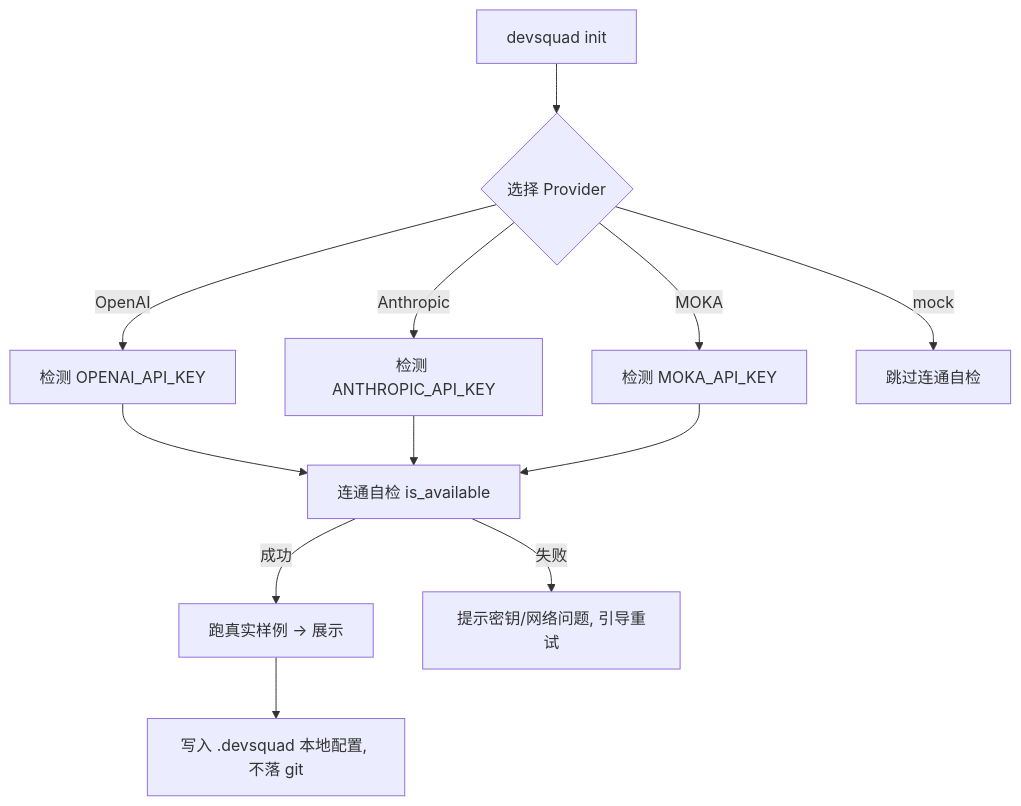
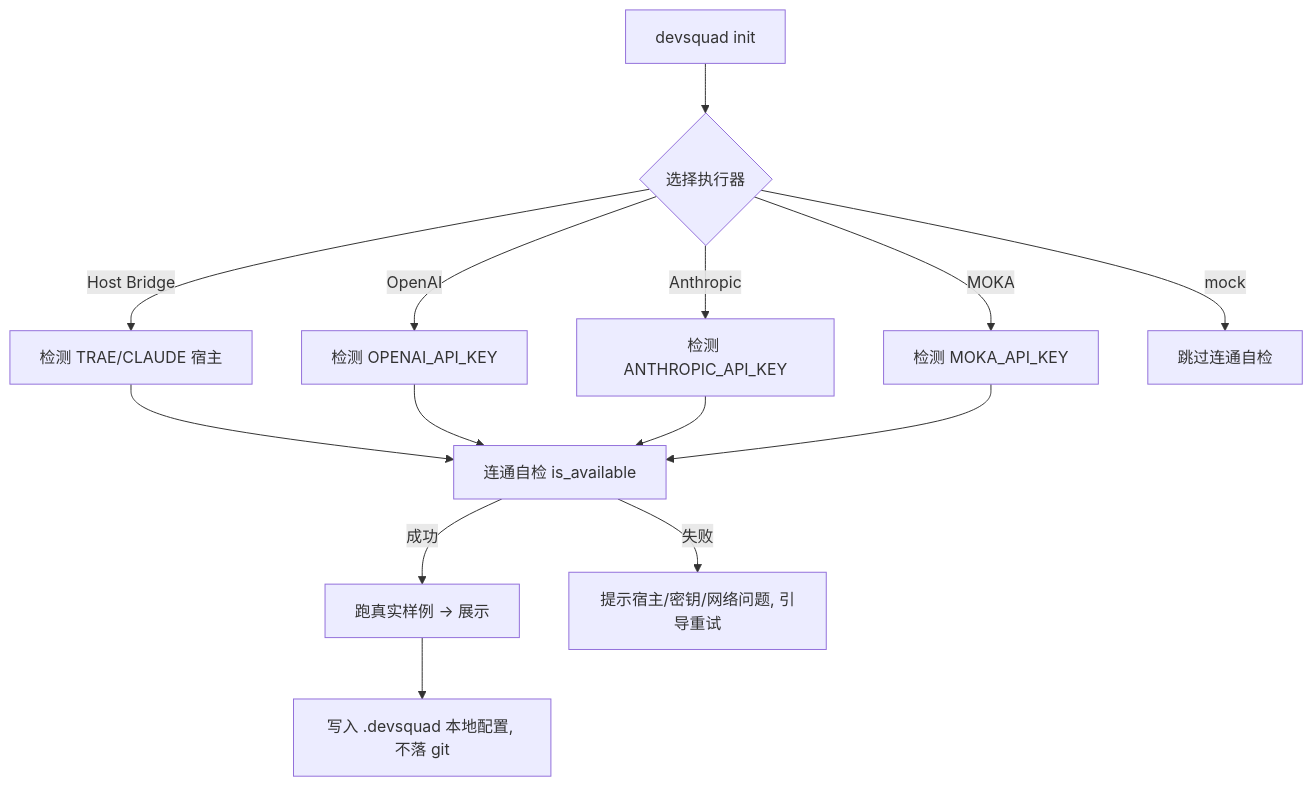
Before and after one commit to lulin70/DevSquad: the second of 2 diagrams in docs/prd/V4.5.2_PRD.md, drawn with Mermaid. The commit also changed other lines of this file and 79 other files, not shown here.

````diff
--- a/docs/prd/V4.5.2_PRD.md
+++ b/docs/prd/V4.5.2_PRD.md
@@ -95,14 +149,16 @@
 ```mermaid
 flowchart TD
-    A[devsquad init] --> B{选择 Provider}
+    A[devsquad init] --> B{选择执行器}
+    B -->|Host Bridge| E1[检测 TRAE/CLAUDE 宿主]
     B -->|OpenAI| C[检测 OPENAI_API_KEY]
     B -->|Anthropic| D[检测 ANTHROPIC_API_KEY]
     B -->|MOKA| E[检测 MOKA_API_KEY]
     B -->|mock| F[跳过连通自检]
-    C --> G[连通自检 is_available]
+    E1 --> G[连通自检 is_available]
+    C --> G
     D --> G
     E --> G
     G -->|成功| H[跑真实样例 → 展示]
-    G -->|失败| I[提示密钥/网络问题, 引导重试]
+    G -->|失败| I[提示宿主/密钥/网络问题, 引导重试]
     H --> J[写入 .devsquad 本地配置, 不落 git]
 ```
````
